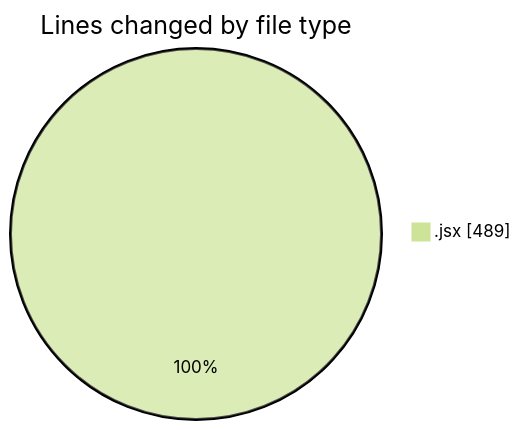
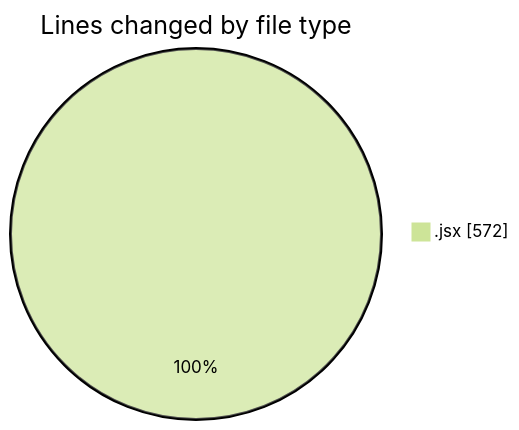
The first of 2 diagrams in 2025-05-13/argos-dev/README.md (nxtqubesakshisongat/code-tracking), drawn with Mermaid (forest theme) before and after one commit. The commit also changed other lines of this file and 1 other file, not shown here.

````diff
--- a/2025-05-13/argos-dev/README.md
+++ b/2025-05-13/argos-dev/README.md
@@ -20,5 +21,5 @@
 ```mermaid
 pie showData
 title Lines changed by file type
-".jsx" : 489
+".jsx" : 572
 ```
````
